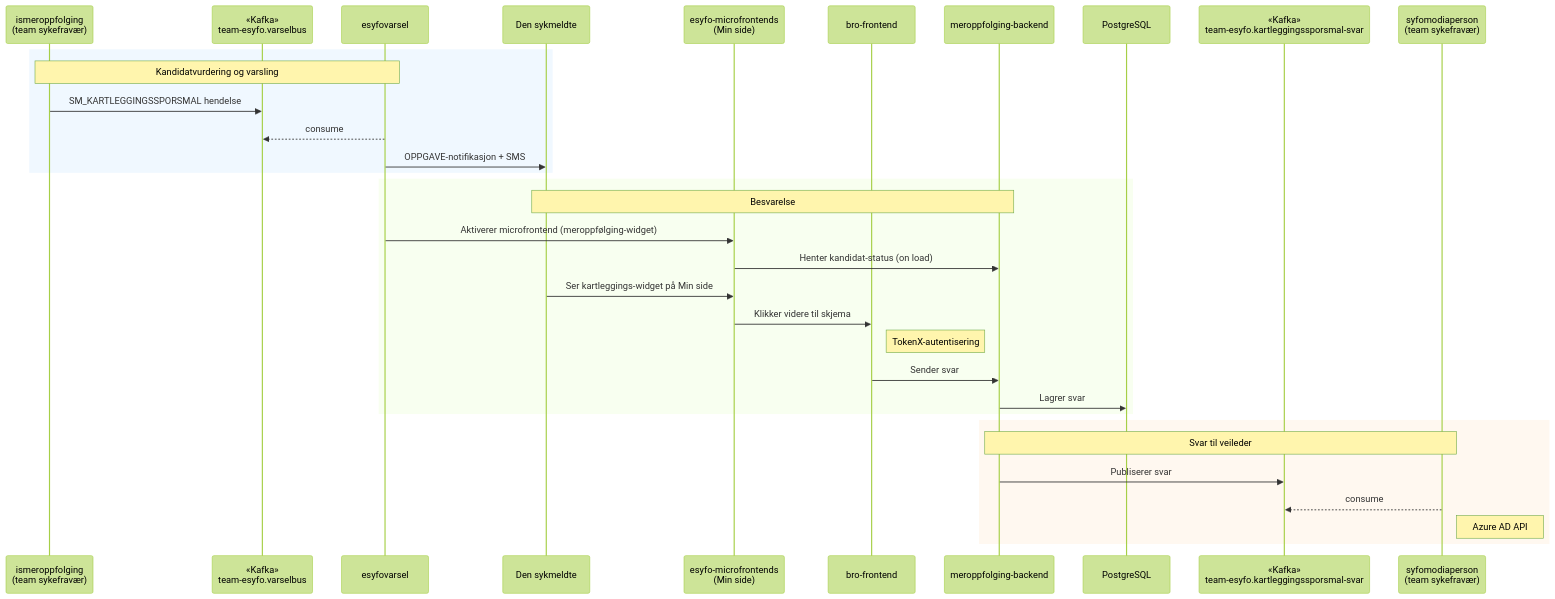
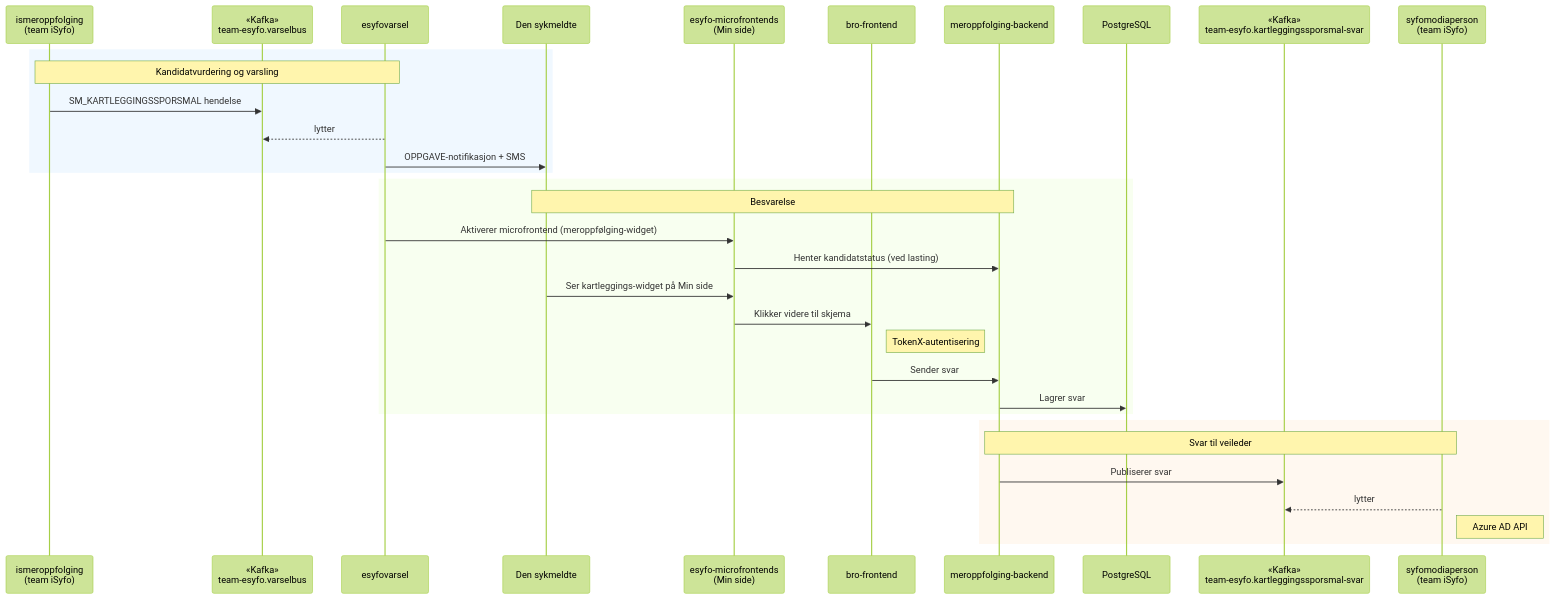
The diagram in docs/omrader/kartleggingssporsmal/teknisk.md (navikt/team-esyfo), drawn with Mermaid (forest theme) before and after one commit. The commit also changed other lines of this file and 3 other files, not shown here.

````diff
--- a/docs/omrader/kartleggingssporsmal/teknisk.md
+++ b/docs/omrader/kartleggingssporsmal/teknisk.md
@@ -7,41 +7,41 @@
 ```mermaid
 sequenceDiagram
-    participant ismo as ismeroppfolging<br/>(team sykefravær)
+    participant ismo as ismeroppfolging<br/>(team iSyfo)
     participant varselbus as «Kafka»<br/>team-esyfo.varselbus
     participant esyfovarsel as esyfovarsel
     participant bruker as Den sykmeldte
     participant micro as esyfo-microfrontends<br/>(Min side)
     participant bro as bro-frontend
     participant backend as meroppfolging-backend
     participant db as PostgreSQL
     participant svartopic as «Kafka»<br/>team-esyfo.kartleggingssporsmal-svar
-    participant modia as syfomodiaperson<br/>(team sykefravær)
+    participant modia as syfomodiaperson<br/>(team iSyfo)
 
     rect rgb(240, 248, 255)
     Note over ismo,esyfovarsel: Kandidatvurdering og varsling
 
     ismo->>varselbus: SM_KARTLEGGINGSSPORSMAL hendelse
-    esyfovarsel-->>varselbus: consume
+    esyfovarsel-->>varselbus: lytter
     esyfovarsel->>bruker: OPPGAVE-notifikasjon + SMS
     end
 
     rect rgb(248, 255, 240)
     Note over bruker,backend: Besvarelse
 
     esyfovarsel->>micro: Aktiverer microfrontend (meroppfølging-widget)
-    micro->>backend: Henter kandidat-status (on load)
+    micro->>backend: Henter kandidatstatus (ved lasting)
     bruker->>micro: Ser kartleggings-widget på Min side
     micro->>bro: Klikker videre til skjema
     Note right of bro: TokenX-autentisering
     bro->>backend: Sender svar
     backend->>db: Lagrer svar
     end
 
     rect rgb(255, 248, 240)
     Note over backend,modia: Svar til veileder
 
     backend->>svartopic: Publiserer svar
-    modia-->>svartopic: consume
+    modia-->>svartopic: lytter
     Note right of modia: Azure AD API
     end
 ```
````
